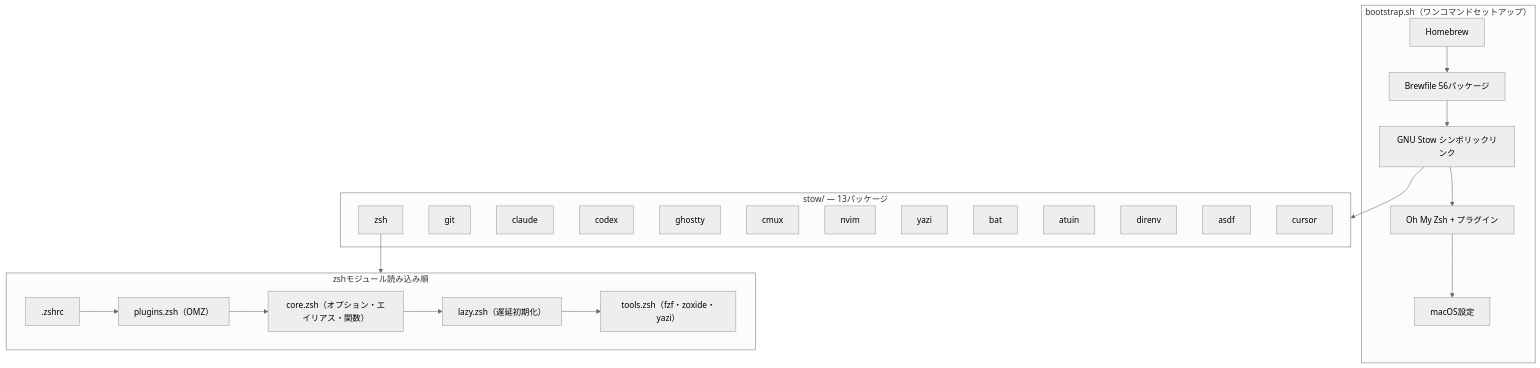
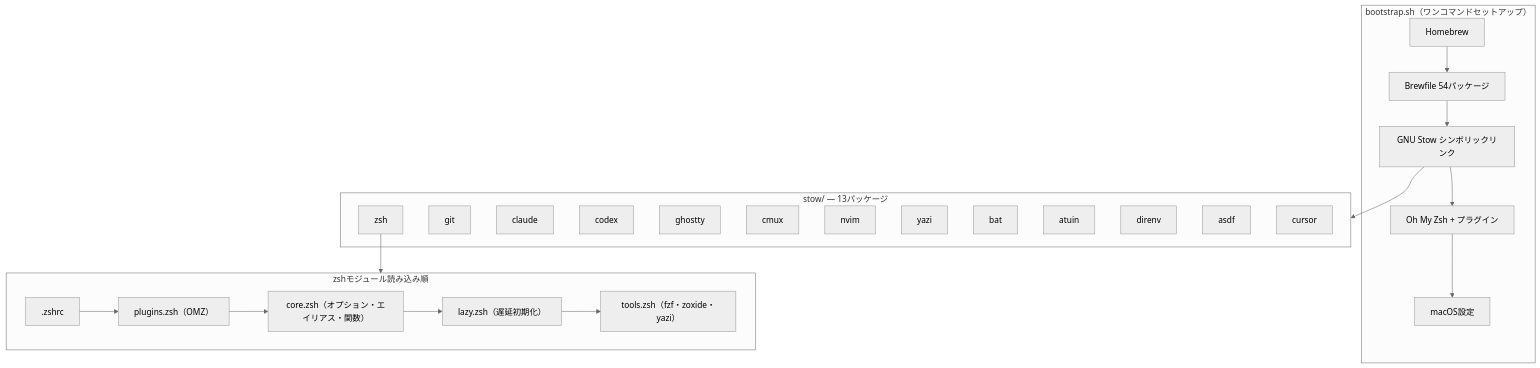
Before and after one commit to otake-shol/dotfiles: the diagram in README.md, drawn with Mermaid (neutral theme). The commit also changed other lines of this file and 3 other files, not shown here.

````diff
--- a/README.md
+++ b/README.md
@@ -97,36 +96,36 @@
 ```mermaid
 graph TB
     subgraph bootstrap["bootstrap.sh（ワンコマンドセットアップ）"]
         B1[Homebrew]
-        B1 --> B2[Brewfile 56パッケージ]
+        B1 --> B2[Brewfile 54パッケージ]
         B2 --> B3[GNU Stow シンボリックリンク]
         B3 --> B4[Oh My Zsh + プラグイン]
         B4 --> B5[macOS設定]
     end
 
     subgraph stow["stow/ — 13パッケージ"]
         S1[zsh]
         S2[git]
         S3[claude]
         S4[codex]
         S5[ghostty]
         S6[cmux]
         S7[nvim]
         S8[yazi]
         S9[bat]
         S10[atuin]
         S11[direnv]
         S12[asdf]
         S13[cursor]
     end
 
     subgraph shell["zshモジュール読み込み順"]
         Z1[".zshrc"] --> Z2["plugins.zsh（OMZ）"]
         Z2 --> Z3["core.zsh（オプション・エイリアス・関数）"]
         Z3 --> Z4["lazy.zsh（遅延初期化）"]
         Z4 --> Z5["tools.zsh（fzf・zoxide・yazi）"]
     end
 
     B3 --> stow
     S1 --> shell
 ```
````
